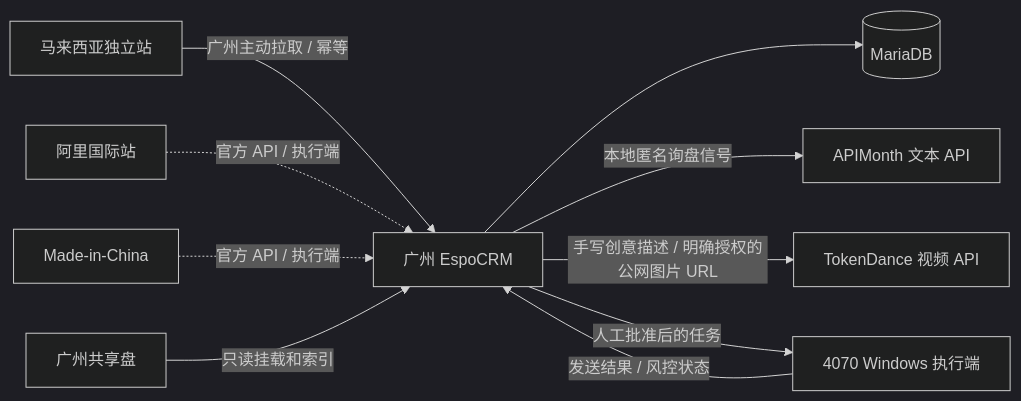
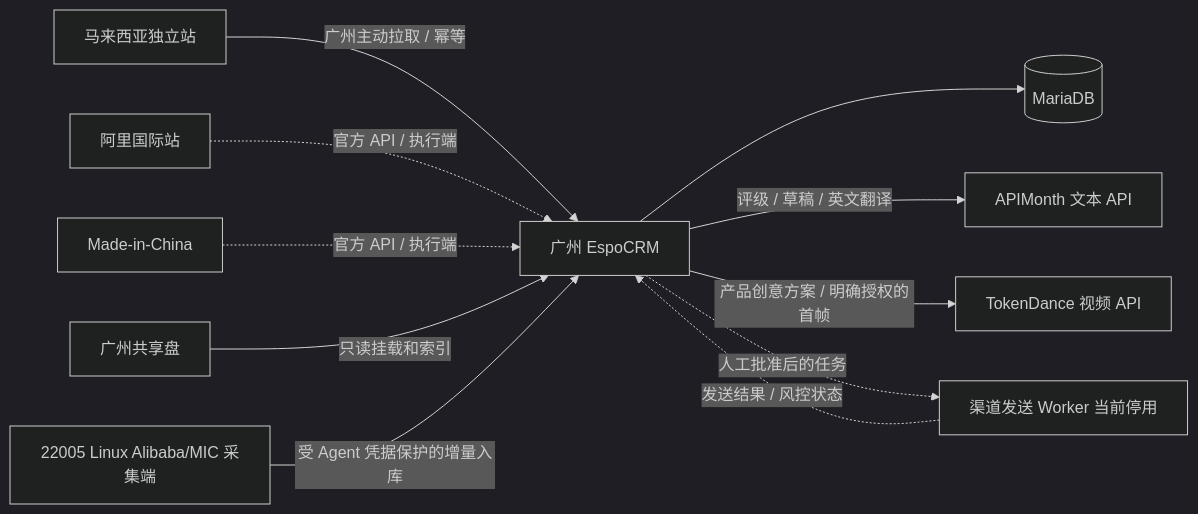
Before and after one commit to hanmin6/fsh: the diagram in README.md, drawn with Mermaid (dark theme). The commit also changed other lines of this file and 144 other files, not shown here.

````diff
--- a/README.md
+++ b/README.md
@@ -15,12 +17,13 @@
 ```mermaid
 flowchart LR
   MY[马来西亚独立站] -->|广州主动拉取 / 幂等| CRM[广州 EspoCRM]
   ALI[阿里国际站] -. 官方 API / 执行端 .-> CRM
   MIC[Made-in-China] -. 官方 API / 执行端 .-> CRM
   CRM --> DB[(MariaDB)]
   SHARE[广州共享盘] -->|只读挂载和索引| CRM
-  CRM -->|本地匿名询盘信号| AI[APIMonth 文本 API]
-  CRM -->|手写创意描述 / 明确授权的公网图片 URL| VIDEO[TokenDance 视频 API]
-  CRM -->|人工批准后的任务| AGENT[4070 Windows 执行端]
-  AGENT -->|发送结果 / 风控状态| CRM
+  CRM -->|评级 / 草稿 / 英文翻译| AI[APIMonth 文本 API]
+  CRM -->|产品创意方案 / 明确授权的首帧| VIDEO[TokenDance 视频 API]
+  COLLECT[22005 Linux Alibaba/MIC 采集端] -->|受 Agent 凭据保护的增量入库| CRM
+  CRM -. 人工批准后的任务 .-> AGENT[渠道发送 Worker 当前停用]
+  AGENT -. 发送结果 / 风控状态 .-> CRM
 ```
````
